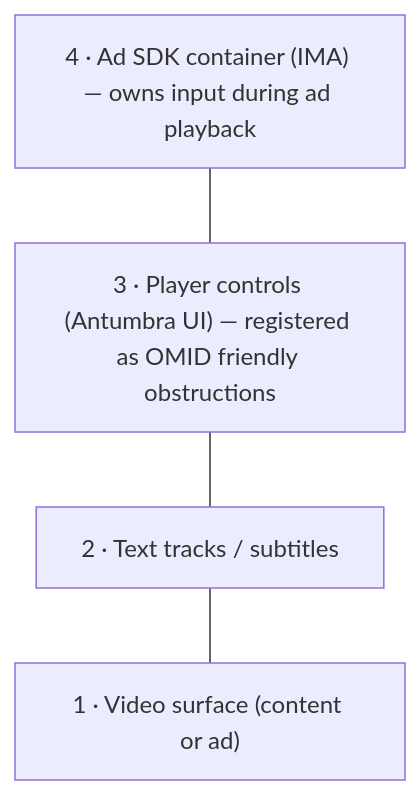
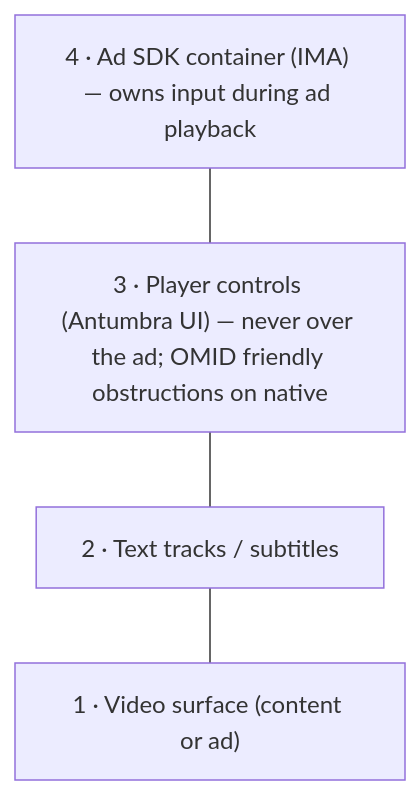
Before and after one commit to LuisAhumadaMartens/alumbra: the third of 5 diagrams in docs/architecture/overview.md, drawn with Mermaid. The commit also changed 8 other files, not shown here.

````diff
--- a/docs/architecture/overview.md
+++ b/docs/architecture/overview.md
@@ -102,8 +102,8 @@
 ```mermaid
 flowchart TB
   L4["4 · Ad SDK container (IMA) — owns input during ad playback"]
-  L3["3 · Player controls (Antumbra UI) — registered as OMID friendly obstructions"]
+  L3["3 · Player controls (Antumbra UI) — never over the ad; OMID friendly obstructions on native"]
   L2["2 · Text tracks / subtitles"]
   L1["1 · Video surface (content or ad)"]
   L4 --- L3 --- L2 --- L1
 ```
````
